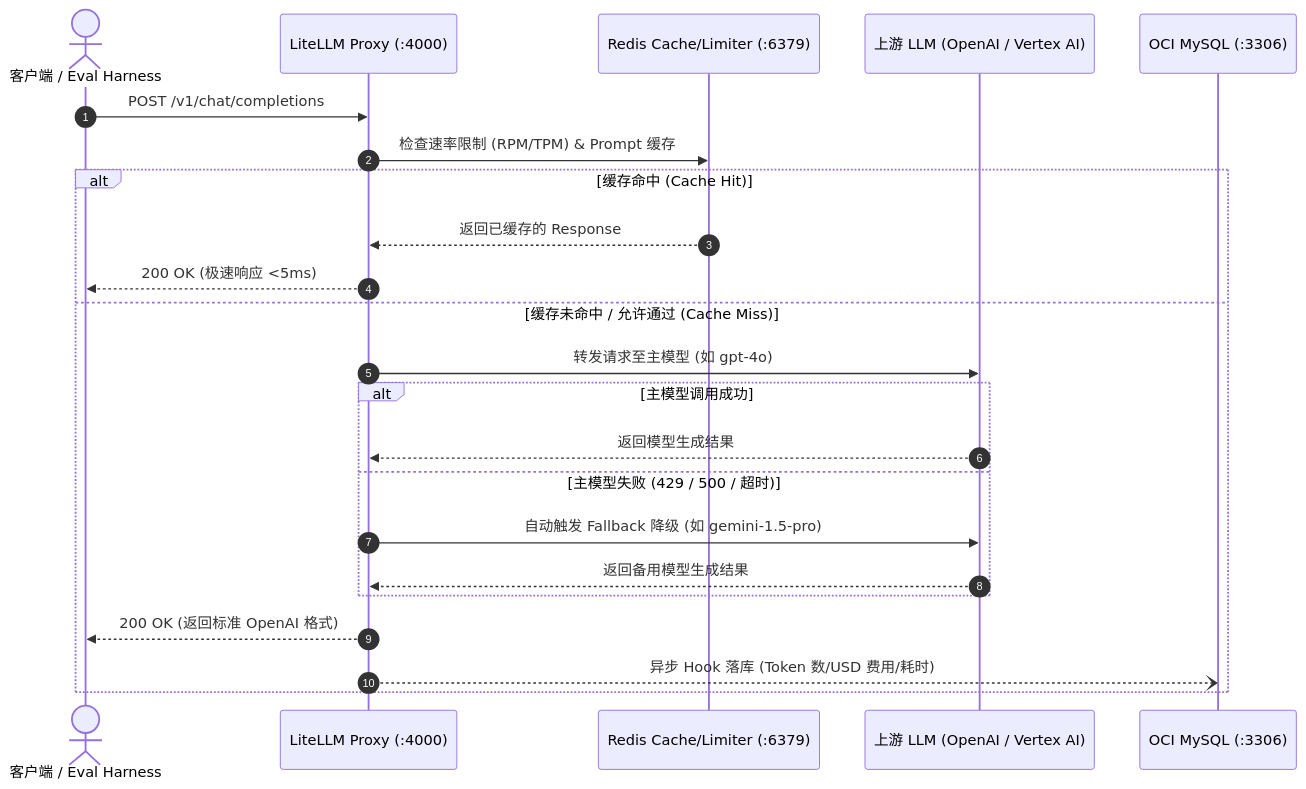
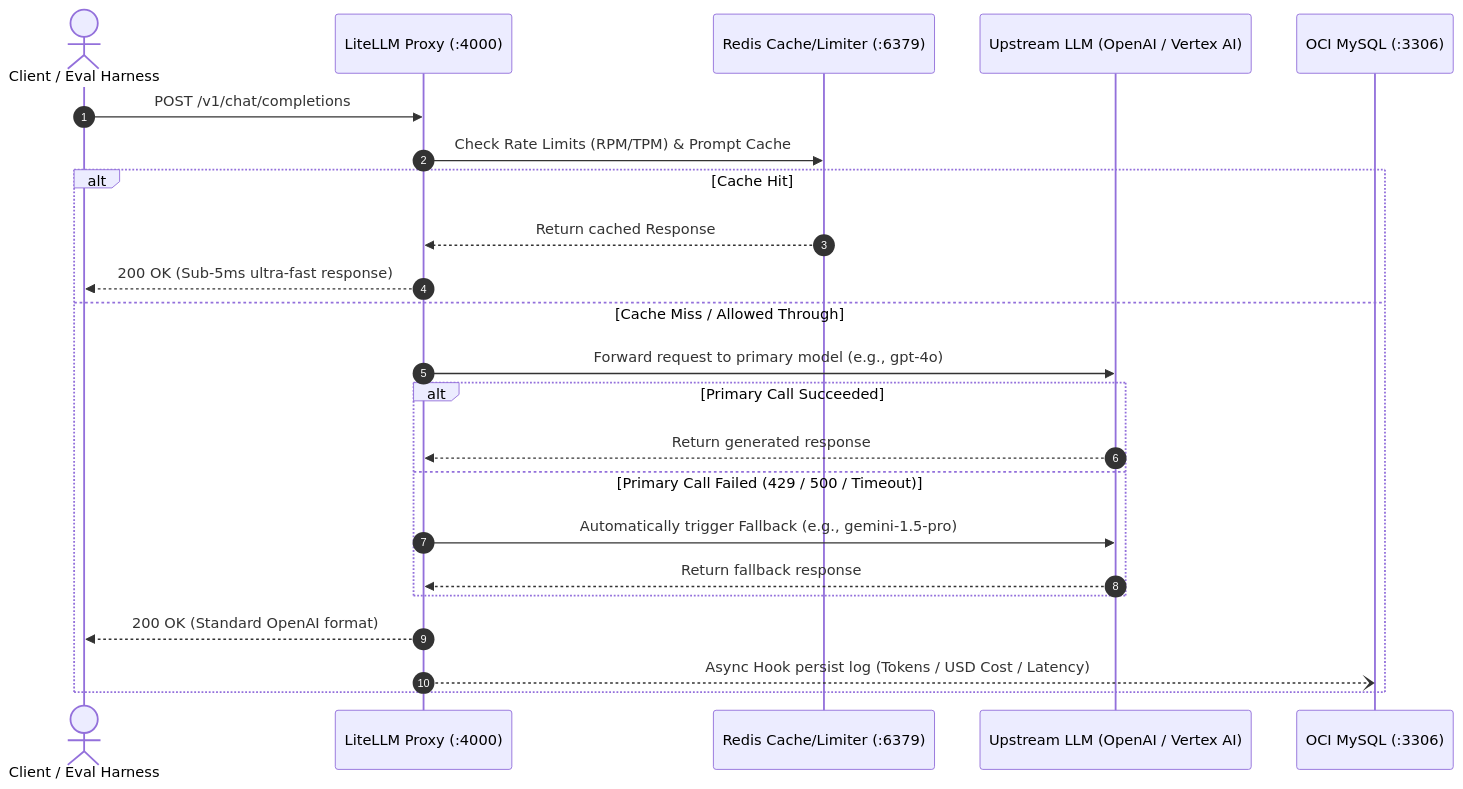
Before and after one commit to nvd11/my-litellm-service: the third of 3 diagrams in docs/ARCHITECTURE.md, drawn with Mermaid. The commit also changed other lines of this file and 25 other files, not shown here.

````diff
--- a/docs/ARCHITECTURE.md
+++ b/docs/ARCHITECTURE.md
@@ -187,26 +183,26 @@
 ```mermaid
 sequenceDiagram
     autonumber
-    actor Client as 客户端 / Eval Harness
+    actor Client as Client / Eval Harness
     participant Proxy as LiteLLM Proxy (:4000)
     participant Redis as Redis Cache/Limiter (:6379)
-    participant LLM as 上游 LLM (OpenAI / Vertex AI)
+    participant LLM as Upstream LLM (OpenAI / Vertex AI)
     participant DB as OCI MySQL (:3306)
 
     Client->>Proxy: POST /v1/chat/completions
-    Proxy->>Redis: 检查速率限制 (RPM/TPM) & Prompt 缓存
-    alt 缓存命中 (Cache Hit)
-        Redis-->>Proxy: 返回已缓存的 Response
-        Proxy-->>Client: 200 OK (极速响应 <5ms)
-    else 缓存未命中 / 允许通过 (Cache Miss)
-        Proxy->>LLM: 转发请求至主模型 (如 gpt-4o)
-        alt 主模型调用成功
-            LLM-->>Proxy: 返回模型生成结果
-        else 主模型失败 (429 / 500 / 超时)
-            Proxy->>LLM: 自动触发 Fallback 降级 (如 gemini-1.5-pro)
-            LLM-->>Proxy: 返回备用模型生成结果
+    Proxy->>Redis: Check Rate Limits (RPM/TPM) & Prompt Cache
+    alt Cache Hit
+        Redis-->>Proxy: Return cached Response
+        Proxy-->>Client: 200 OK (Sub-5ms ultra-fast response)
+    else Cache Miss / Allowed Through
+        Proxy->>LLM: Forward request to primary model (e.g., gpt-4o)
+        alt Primary Call Succeeded
+            LLM-->>Proxy: Return generated response
+        else Primary Call Failed (429 / 500 / Timeout)
+            Proxy->>LLM: Automatically trigger Fallback (e.g., gemini-1.5-pro)
+            LLM-->>Proxy: Return fallback response
         end
-        Proxy-->>Client: 200 OK (返回标准 OpenAI 格式)
-        Proxy--)DB: 异步 Hook 落库 (Token 数/USD 费用/耗时)
+        Proxy-->>Client: 200 OK (Standard OpenAI format)
+        Proxy--)DB: Async Hook persist log (Tokens / USD Cost / Latency)
     end
 ```
````
